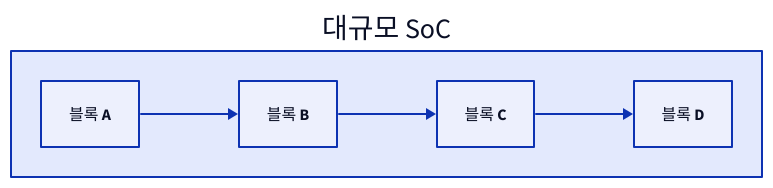
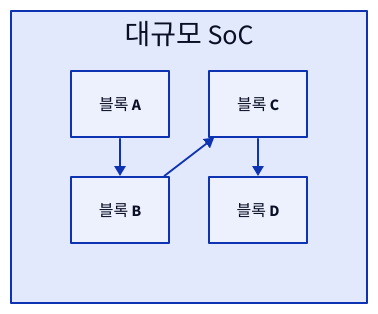
One commit to humbleowl39/DV_SKOOL changed the sixth of 6 diagrams in topics/formal_verification/docs/01_formal_fundamentals.md. Above: the diagram before and after it, drawn with D2. The commit also changed other lines of this file and 90 other files, not shown here.

First line of the commit message:
docs: 전 토픽 다이어그램 정비 — ASCII→D2, mermaid→D2, 과대 D2 가시성 수정

````diff
--- a/topics/formal_verification/docs/01_formal_fundamentals.md
+++ b/topics/formal_verification/docs/01_formal_fundamentals.md
@@ -484,14 +473,14 @@
 ```d2
-direction: right
+direction: down
 
 SoC: "대규모 SoC" {
-  direction: right
+  grid-columns: 2
   A: "블록 A"
   B: "블록 B"
   C: "블록 C"
   D: "블록 D"
   A -> B
   B -> C
   C -> D
 }
 ```
````
